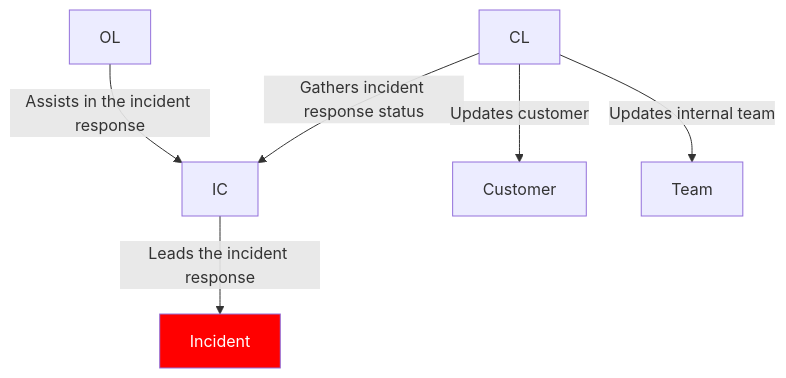
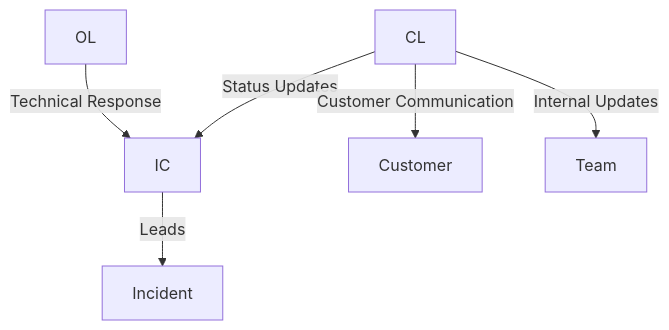
Before and after one commit to stakater/support-docs: the diagram in content/irm.md, drawn with Mermaid. The commit also changed other lines of this file and 10 other files, not shown here.

````diff
--- a/content/irm.md
+++ b/content/irm.md
@@ -48,9 +79,8 @@
 ```mermaid
 flowchart TD
-    CL --> |Gathers incident response status|IC
-    CL --> |Updates customer|Customer
-    CL --> |Updates internal team|Team
-    OL --> |Assists in the incident response|IC
-    classDef incident fill:#f00,color:white
-    IC --> |Leads the incident response|Incident:::incident
+    CL -->|Status Updates|IC
+    CL -->|Customer Communication|Customer
+    CL -->|Internal Updates|Team
+    OL -->|Technical Response|IC
+    IC -->|Leads|Incident
 ```
````
